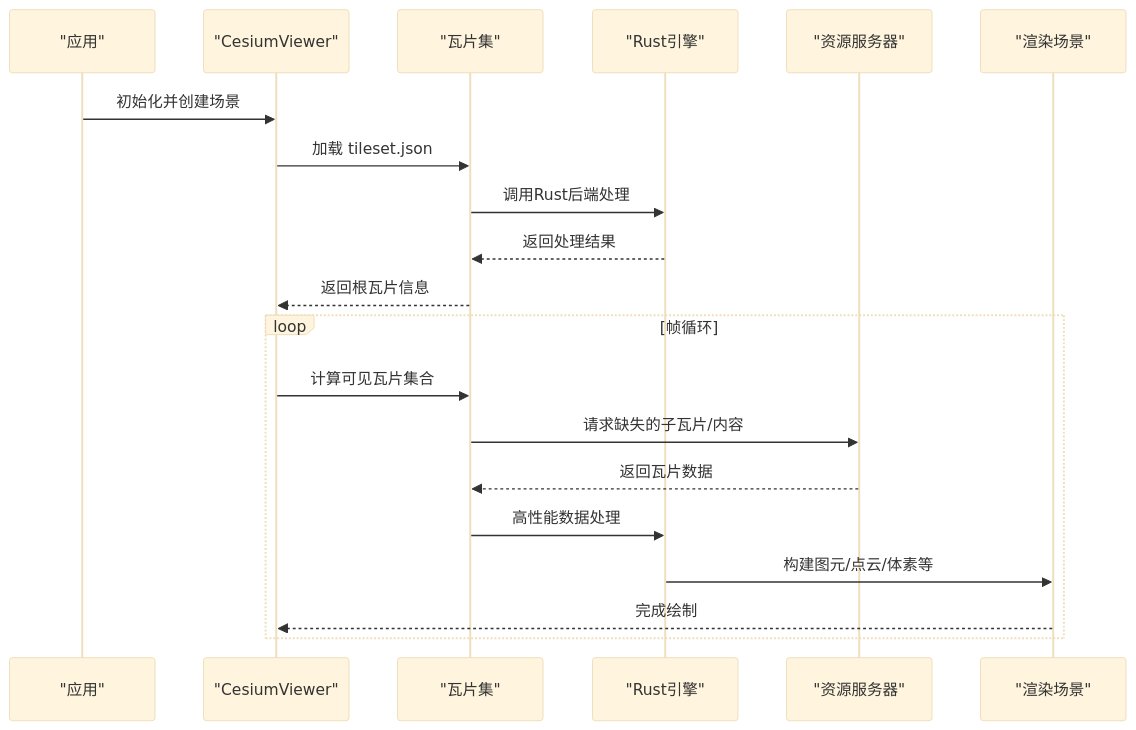
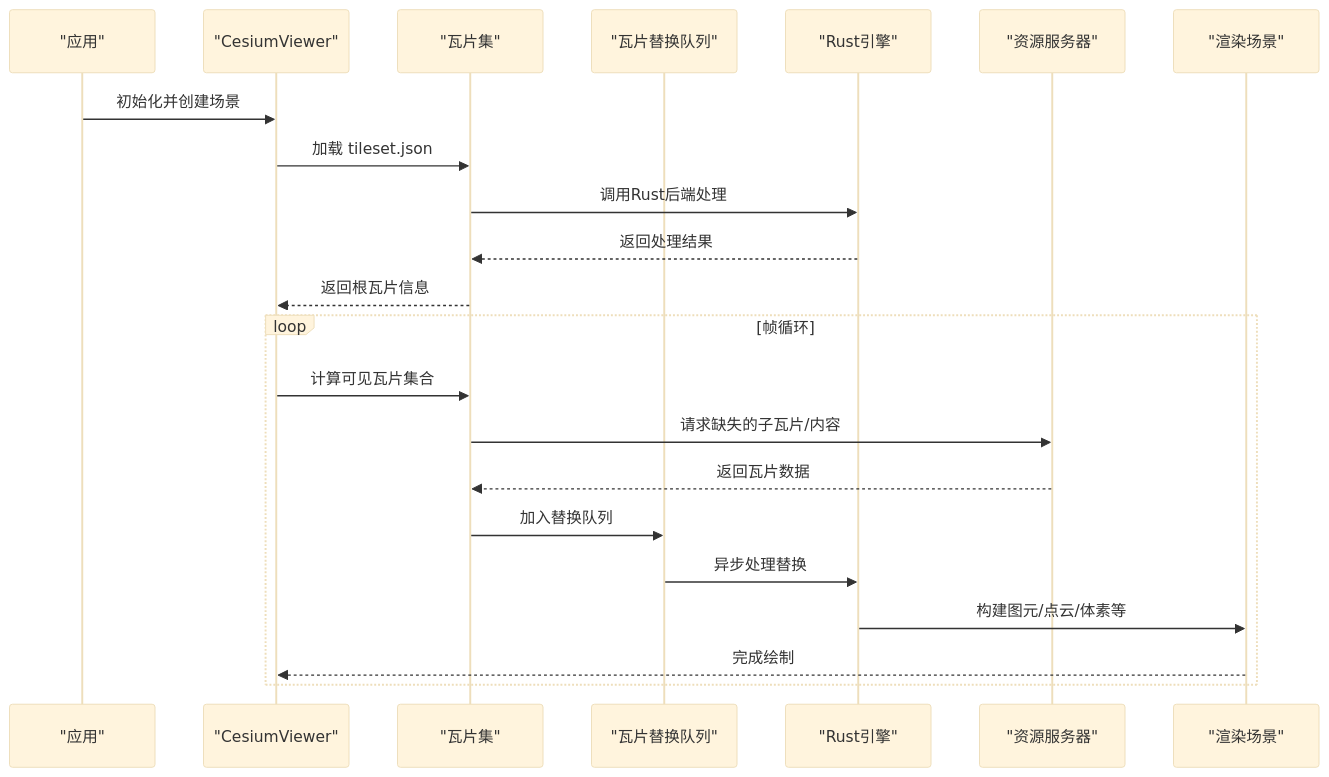
Before and after one commit to rzhangjing/cesium: the second of 10 diagrams in .qoder/repowiki/zh/content/项目概述/核心特性/3D数据格式支持/3D Tiles标准支持/瓦片集管理.md, drawn with Mermaid (base theme). The commit also changed other lines of this file and 32 other files, not shown here.

````diff
--- a/.qoder/repowiki/zh/content/项目概述/核心特性/3D数据格式支持/3D Tiles标准支持/瓦片集管理.md
+++ b/.qoder/repowiki/zh/content/项目概述/核心特性/3D数据格式支持/3D Tiles标准支持/瓦片集管理.md
@@ -138,22 +145,24 @@
 ```mermaid
 sequenceDiagram
 participant App as "应用"
 participant Viewer as "CesiumViewer"
 participant Tileset as "瓦片集"
+participant ReplacementQueue as "瓦片替换队列"
 participant RustEngine as "Rust引擎"
 participant Server as "资源服务器"
 participant Scene as "渲染场景"
 App->>Viewer : 初始化并创建场景
 Viewer->>Tileset : 加载 tileset.json
 Tileset->>RustEngine : 调用Rust后端处理
 RustEngine-->>Tileset : 返回处理结果
 Tileset-->>Viewer : 返回根瓦片信息
 loop 帧循环
 Viewer->>Tileset : 计算可见瓦片集合
 Tileset->>Server : 请求缺失的子瓦片/内容
 Server-->>Tileset : 返回瓦片数据
-Tileset->>RustEngine : 高性能数据处理
+Tileset->>ReplacementQueue : 加入替换队列
+ReplacementQueue->>RustEngine : 异步处理替换
 RustEngine->>Scene : 构建图元/点云/体素等
 Scene-->>Viewer : 完成绘制
 end
 ```
````
